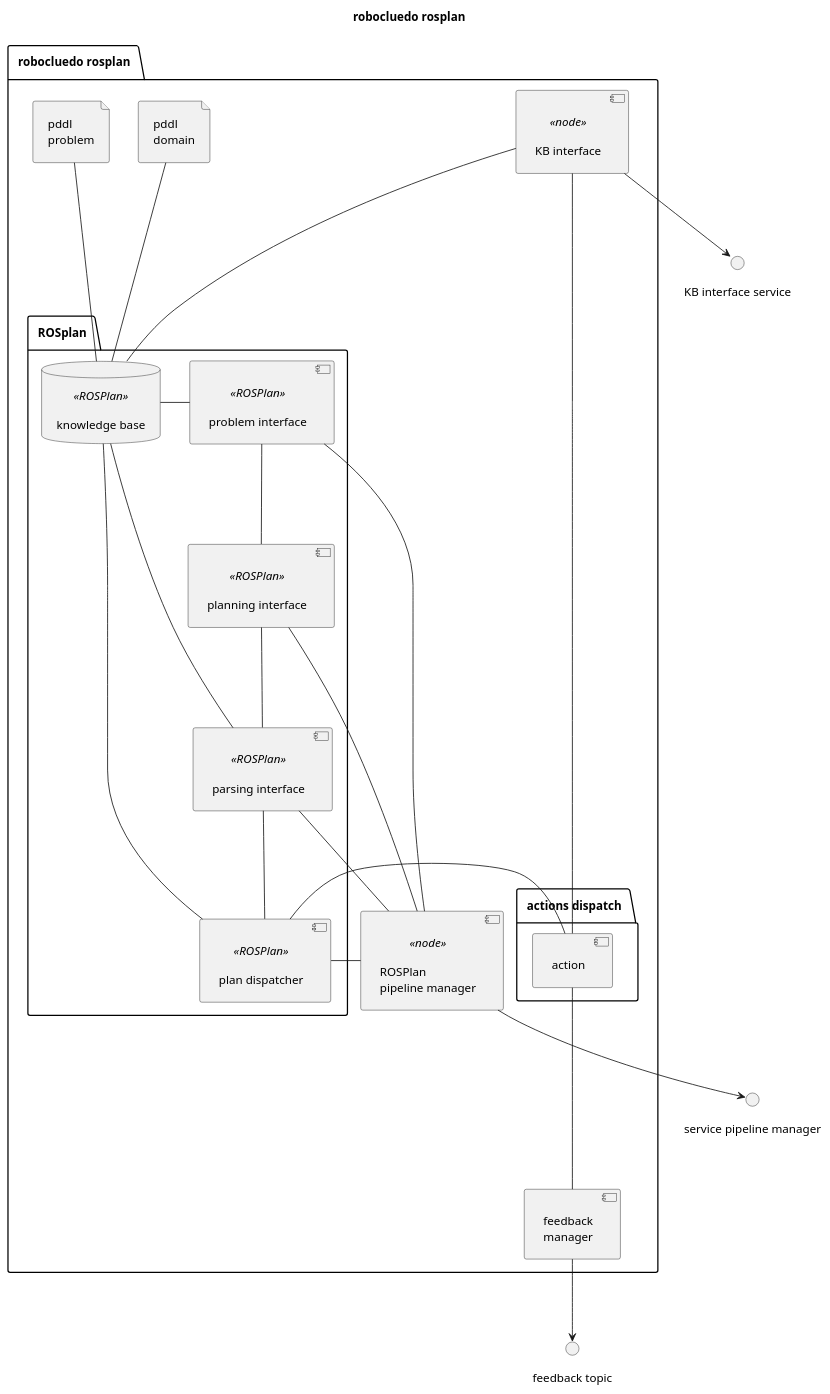
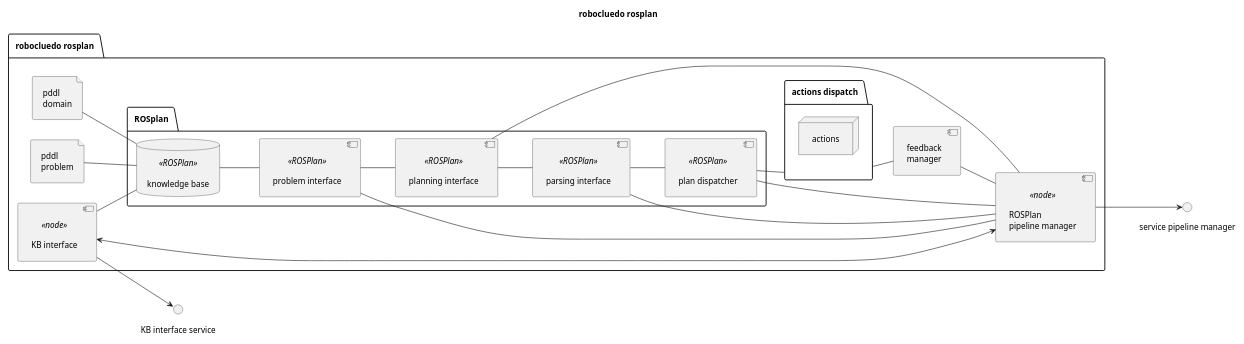
The diagram in robocluedo_rosplan/_uml/rosplan-arch.md (programmatoroSeduto/ExperimentalRoboticsLab-Assignment-3), drawn with PlantUML before and after one commit. The commit also changed 186 other files, not shown here.

````diff
--- a/robocluedo_rosplan/_uml/rosplan-arch.md
+++ b/robocluedo_rosplan/_uml/rosplan-arch.md
@@ -35,59 +35,61 @@
 ```{uml} 
 @startuml
+scale 0.7
 
 ''' DIAGRAM INFOS
 title "robocluedo rosplan"
 skinparam Padding 8
+left to right direction
 
 
 ''' DIAGRAM ELEMENTS
 package "robocluedo rosplan" {
 
 file "pddl\ndomain" as PDDL_DOM
 file "pddl\nproblem" as PDDL_PROB
 
 package "ROSplan" {
 	database "knowledge base" <<ROSPlan>> as KB
 	[problem interface] <<ROSPlan>> as PROBLEM
 	[planning interface] <<ROSPlan>> as PLAN
 	[parsing interface] <<ROSPlan>> as PARSE
 	[plan dispatcher] <<ROSPlan>> as DISPATCH
 
-	KB -right-- PROBLEM
-	PROBLEM -down-- PLAN
-	PLAN -down-- PARSE
-	KB -right- PARSE
-	PARSE -down-- DISPATCH
-	KB -left- DISPATCH
+	KB -- PROBLEM
+	PROBLEM -- PLAN
+	PLAN -- PARSE
+	' KB -- PARSE
+	PARSE -- DISPATCH
+	' KB -- DISPATCH
 }
 
-package "actions dispatch" {
-	[action] as ACTION
+package "actions dispatch" as ACTION {
+	node actions
 }
 
 [feedback\nmanager] as FEEDBACK
 [ROSPlan\npipeline manager] <<node>> as MANAGER
 [KB interface] <<node>> as IKB
-ACTION --- IKB
 
-DISPATCH -right-- ACTION
-PDDL_DOM --- KB
-PDDL_PROB --- KB
-IKB --- KB
+DISPATCH -- ACTION
+PDDL_DOM -- KB
+PDDL_PROB -- KB
+IKB -- KB
 
-ACTION --- FEEDBACK
+ACTION -- FEEDBACK
+FEEDBACK -- MANAGER
 
-PROBLEM -right-- MANAGER
-PLAN -right-- MANAGER
-PARSE -right-- MANAGER
-DISPATCH -right-- MANAGER
+PROBLEM -right- MANAGER
+PLAN -right- MANAGER
+PARSE -right- MANAGER
+DISPATCH -right- MANAGER
 }
 
-() "feedback topic" as TOPIC_FEEDBACK
-FEEDBACK --> TOPIC_FEEDBACK
 () "service pipeline manager" as SRV_MANAGER
 MANAGER --> SRV_MANAGER
 () "KB interface service" as SRV_IKB
 IKB --> SRV_IKB
+
+IKB <--> MANAGER
 @enduml
 ```
````
